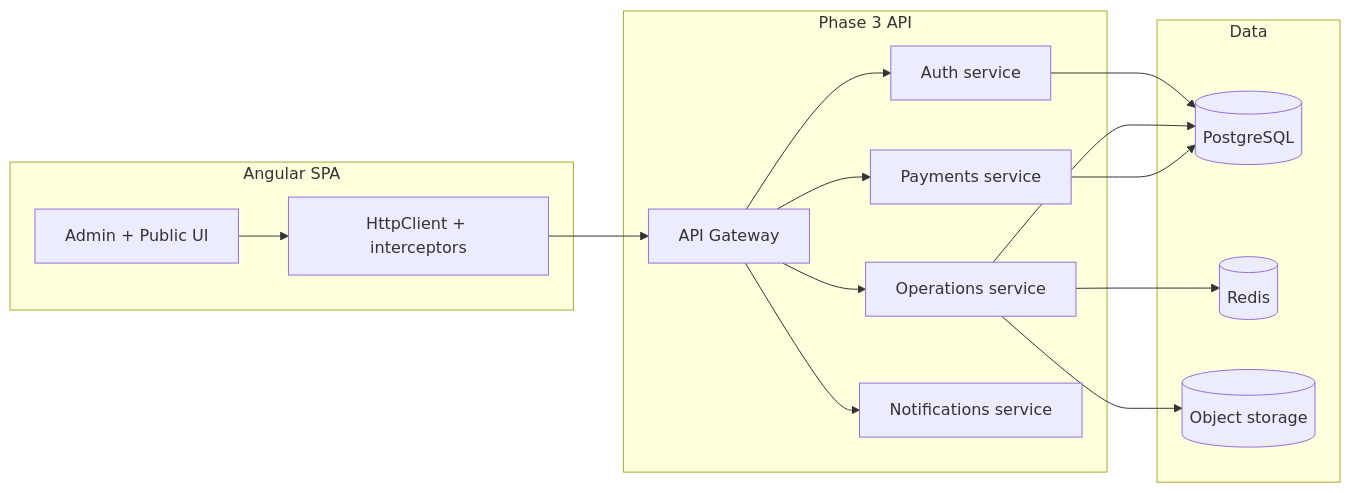
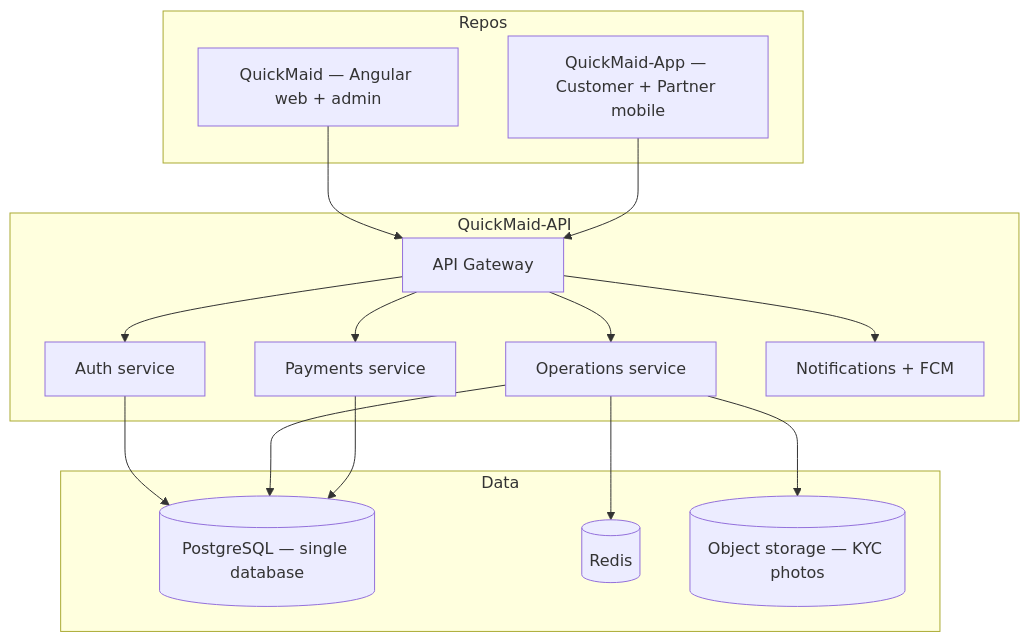
Before and after one commit to Deepesh2104/QuickMaid: the diagram in docs/PHASE3_BACKEND.md, drawn with Mermaid. The commit also changed other lines of this file and 22 other files, not shown here.

First line of the commit message:
feat(database): add v1.2 FINAL production schema and platform docs

````diff
--- a/docs/PHASE3_BACKEND.md
+++ b/docs/PHASE3_BACKEND.md
@@ -18,24 +18,25 @@
 ```mermaid
-flowchart LR
-  subgraph Client["Angular SPA"]
-    UI[Admin + Public UI]
-    API[HttpClient + interceptors]
+flowchart TB
+  subgraph Repos
+    WEB[QuickMaid — Angular web + admin]
+    MOB[QuickMaid-App — Customer + Partner mobile]
   end
-  subgraph Backend["Phase 3 API"]
+  subgraph Backend["QuickMaid-API"]
     GW[API Gateway]
     AUTH[Auth service]
     OPS[Operations service]
     PAY[Payments service]
-    NOTIFY[Notifications service]
+    NOTIFY[Notifications + FCM]
   end
   subgraph Data
-    DB[(PostgreSQL)]
+    DB[(PostgreSQL — single database)]
     REDIS[(Redis)]
-    S3[(Object storage)]
+    S3[(Object storage — KYC photos)]
   end
-  UI --> API --> GW
+  WEB --> GW
+  MOB --> GW
   GW --> AUTH & OPS & PAY & NOTIFY
   AUTH & OPS & PAY --> DB
   OPS --> REDIS
   OPS --> S3
 ```
````
